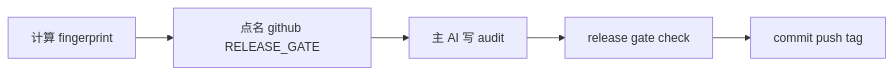
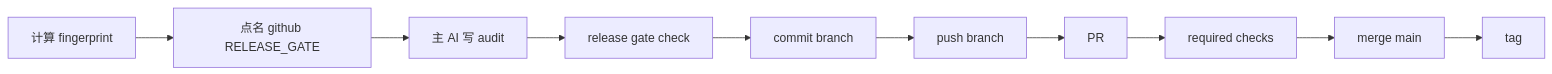
One commit to tony-apan/zcode_skills changed the second of 2 diagrams in README.md. Above: the diagram before and after it, drawn with Mermaid. The commit also changed other lines of this file and 6 other files, not shown here.

````diff
--- a/README.md
+++ b/README.md
@@ -174,7 +174,12 @@
 ```mermaid
 graph LR
     fingerprint[计算 fingerprint] --> review[点名 github RELEASE_GATE]
     review --> audit[主 AI 写 audit]
-    audit --> check[release gate check]
-    check --> publish[commit push tag]
+    audit --> gate[release gate check]
+    gate --> commit[commit branch]
+    commit --> push[push branch]
+    push --> pr[PR]
+    pr --> checks[required checks]
+    checks --> merge[merge main]
+    merge --> tag[tag]
 ```
````
